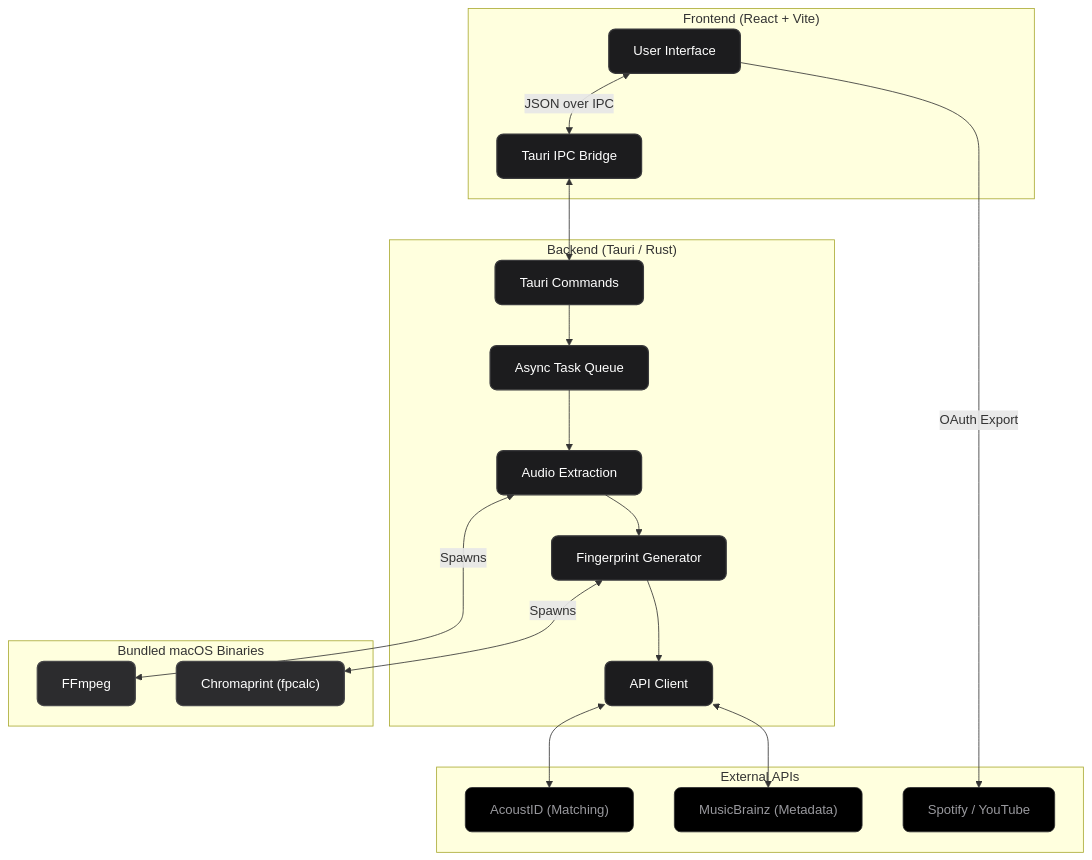
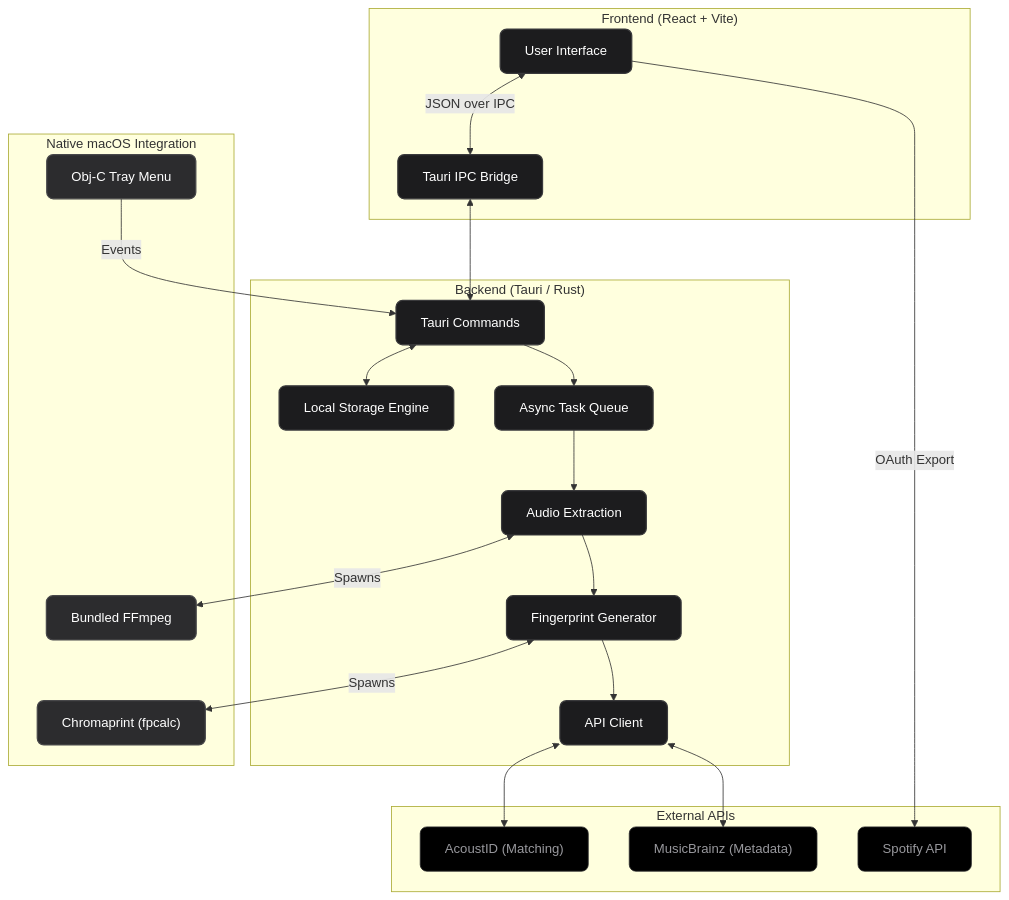
Before and after one commit to DawnSaju/SonIQ: the diagram in README.md, drawn with Mermaid. The commit also changed other lines of this file, not shown here.

Commit message:
docs: update stack and clarify macOS DMG installation instructions

````diff
--- a/README.md
+++ b/README.md
@@ -64,52 +77,57 @@
 ```mermaid
 flowchart TB
     classDef frontend fill:#1c1c1e,stroke:#3a3a3c,stroke-width:1.5px,color:#ffffff,rx:8,ry:8
     classDef backend fill:#1c1c1e,stroke:#3a3a3c,stroke-width:1.5px,color:#ffffff,rx:8,ry:8
-    classDef binary fill:#2c2c2e,stroke:#48484a,stroke-width:1.5px,color:#ffffff,rx:8,ry:8
+    classDef native fill:#2c2c2e,stroke:#48484a,stroke-width:1.5px,color:#ffffff,rx:8,ry:8
     classDef external fill:#000000,stroke:#2c2c2e,stroke-width:1px,color:#98989d,rx:8,ry:8
 
     subgraph Frontend["Frontend (React + Vite)"]
         UI["User Interface"]
         IPC["Tauri IPC Bridge"]
     end
 
     subgraph Backend["Backend (Tauri / Rust)"]
         Cmd["Tauri Commands"]
+        Store["Local Storage Engine"]
         Async["Async Task Queue"]
         Extract["Audio Extraction"]
         Fingerprint["Fingerprint Generator"]
         Match["API Client"]
     end
 
-    subgraph Binaries["Bundled macOS Binaries"]
-        FFmpeg["FFmpeg"]
+    subgraph Native["Native macOS Integration"]
+        Tray["Obj-C Tray Menu"]
+        FFmpeg["Bundled FFmpeg"]
         Fpcalc["Chromaprint (fpcalc)"]
     end
 
     subgraph External["External APIs"]
         AcoustID["AcoustID (Matching)"]
         MusicBrainz["MusicBrainz (Metadata)"]
-        Spotify["Spotify / YouTube"]
+        Spotify["Spotify API"]
     end
 
     UI <-->|JSON over IPC| IPC
     IPC <--> Cmd
+    Cmd <--> Store
     Cmd --> Async
+    
+    Tray -->|Events| Cmd
     
     Async --> Extract
     Extract <-->|Spawns| FFmpeg
     Extract --> Fingerprint
     
     Fingerprint <-->|Spawns| Fpcalc
     Fingerprint --> Match
     
     Match <--> AcoustID
     Match <--> MusicBrainz
     
     UI -->|OAuth Export| Spotify
 
     class UI,IPC frontend;
-    class Cmd,Async,Extract,Fingerprint,Match backend;
-    class FFmpeg,Fpcalc binary;
+    class Cmd,Store,Async,Extract,Fingerprint,Match backend;
+    class Tray,FFmpeg,Fpcalc native;
     class AcoustID,MusicBrainz,Spotify external;
 ```
````
